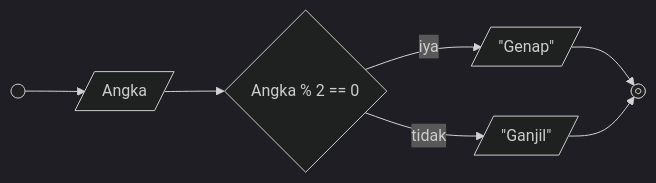
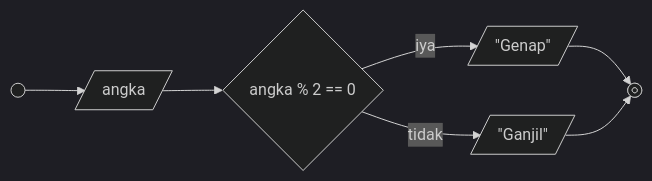
Before and after one commit to rizqyazhar/koda-b10-algoritma: the first of 2 diagrams in README.md, drawn with Mermaid (dark theme).

````diff
--- a/README.md
+++ b/README.md
@@ -26,14 +26,14 @@
 ```mermaid
 flowchart LR
   A@{shape: start, label: "Start"}
   B@{shape: stop, label: "End"}
-  C@{shape: diam, label: "Angka % 2 == 0"}
-  D@{shape: lean-r, label: "Angka"}
+  C@{shape: diam, label: "angka % 2 == 0"}
+  D@{shape: lean-r, label: "angka"}
   E@{shape: lean-r, label: "#quot;Genap#quot;"}
   F@{shape: lean-r, label: "#quot;Ganjil#quot;"}
 
   A --> D --> C --iya--> E 
   C --tidak--> F
   E & F --> B
 
 ```
````
